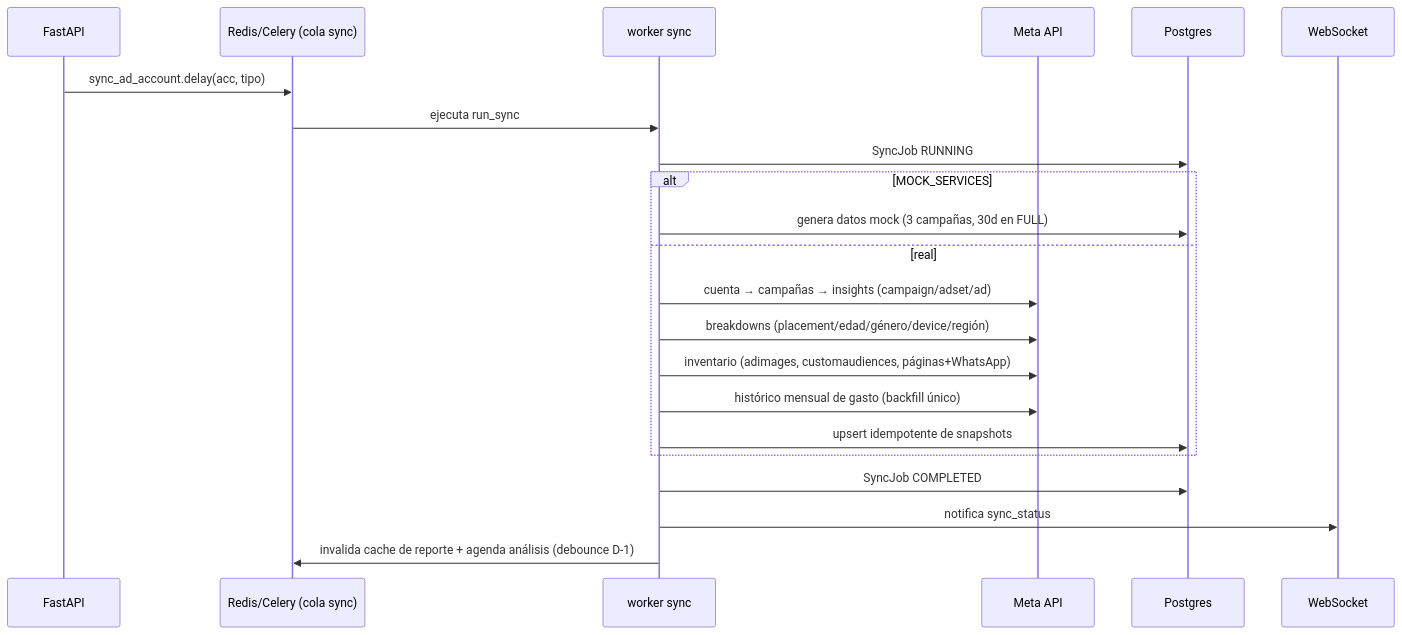
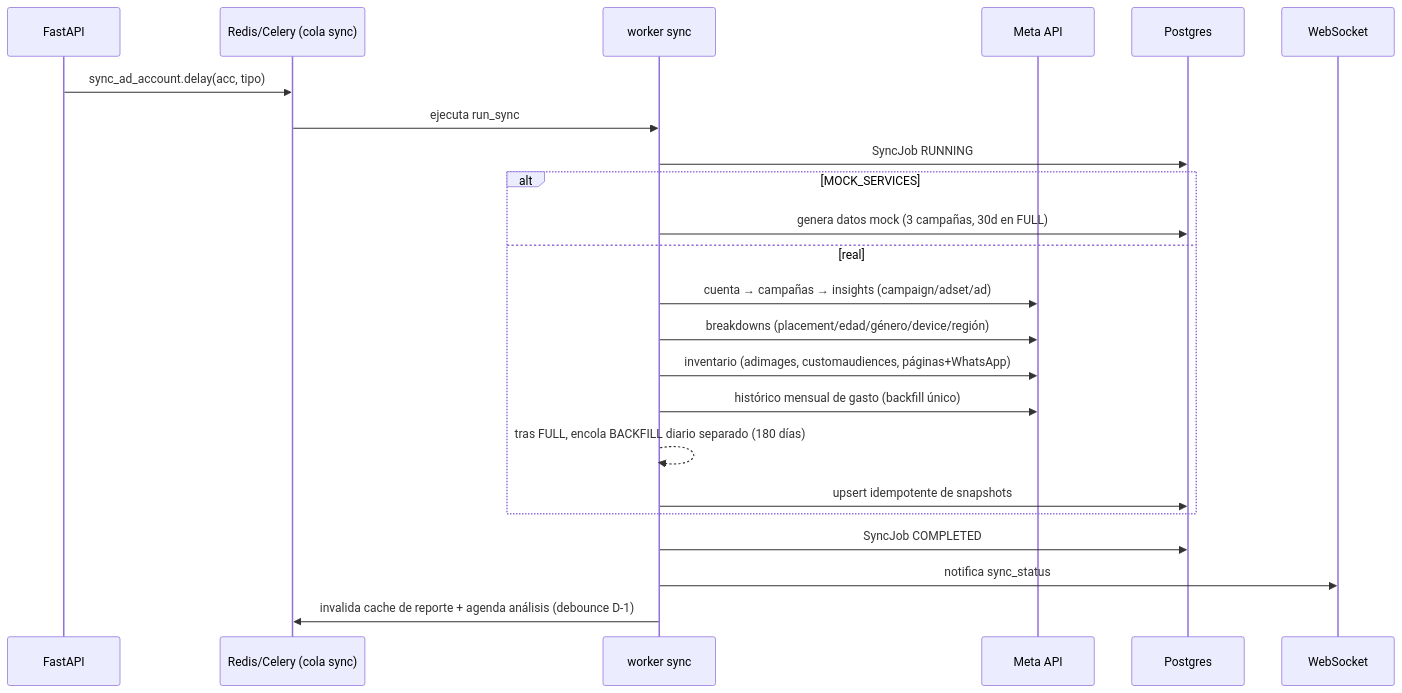
One commit to lrojascode/Proyecto-lejovista changed the second of 6 diagrams in docs/12-flujos.md. Above: the diagram before and after it, drawn with Mermaid. The commit also changed 9 other files, not shown here.

Commit message:
fix(sync): completar el backfill historico diario

````diff
--- a/docs/12-flujos.md
+++ b/docs/12-flujos.md
@@ -31,25 +31,26 @@
 ```mermaid
 sequenceDiagram
     participant API as FastAPI
     participant Q as Redis/Celery (cola sync)
     participant W as worker sync
     participant M as Meta API
     participant DB as Postgres
     participant WS as WebSocket
 
     API->>Q: sync_ad_account.delay(acc, tipo)
     Q->>W: ejecuta run_sync
     W->>DB: SyncJob RUNNING
     alt MOCK_SERVICES
         W->>DB: genera datos mock (3 campañas, 30d en FULL)
     else real
         W->>M: cuenta → campañas → insights (campaign/adset/ad)
         W->>M: breakdowns (placement/edad/género/device/región)
         W->>M: inventario (adimages, customaudiences, páginas+WhatsApp)
         W->>M: histórico mensual de gasto (backfill único)
+        W-->>W: tras FULL, encola BACKFILL diario separado (180 días)
         W->>DB: upsert idempotente de snapshots
     end
     W->>DB: SyncJob COMPLETED
     W->>WS: notifica sync_status
     W->>Q: invalida cache de reporte + agenda análisis (debounce D-1)
 ```
````
